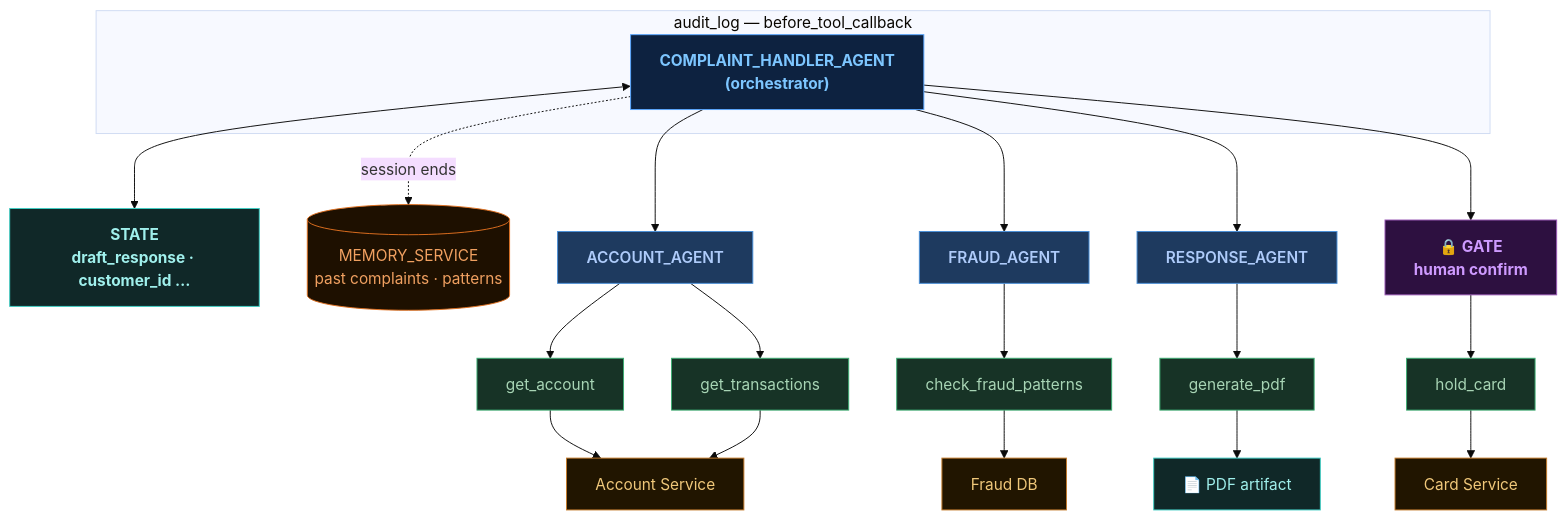
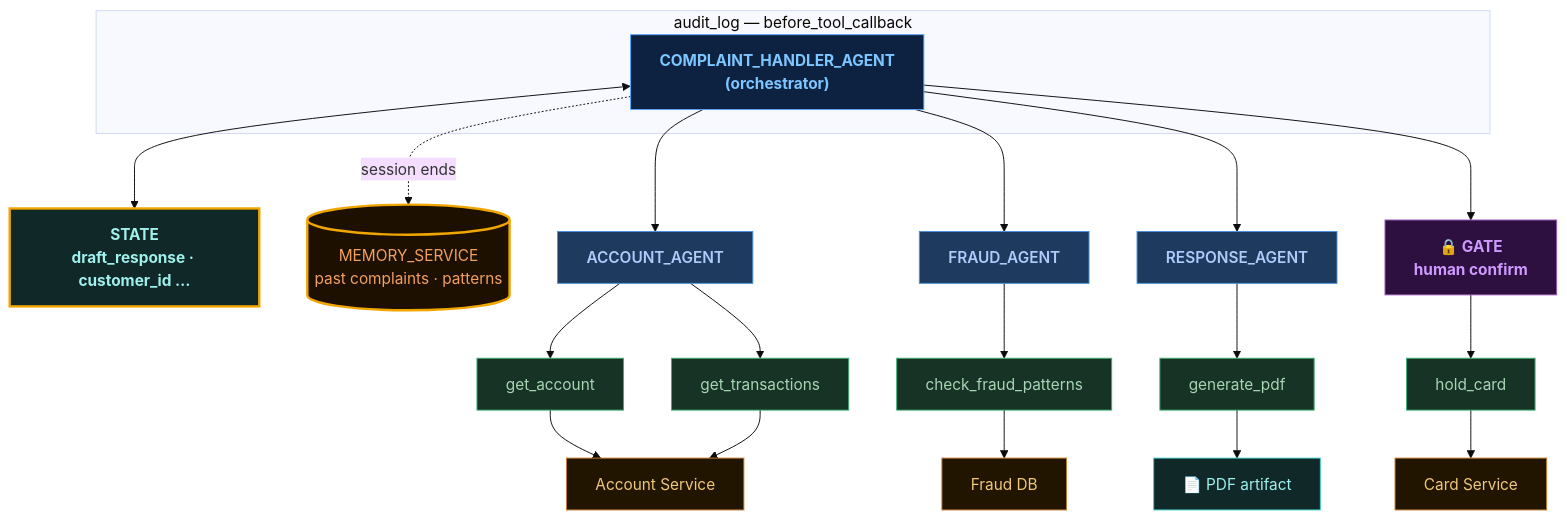
One commit to jaszczook/your-next-feature-might-need-an-agent changed the fourth of 6 diagrams in slides/section4.md. Above: the diagram before and after it, drawn with Mermaid (base theme). The commit also changed other lines of this file and 3 other files, not shown here.

````diff
--- a/slides/section4.md
+++ b/slides/section4.md
@@ -317,46 +321,48 @@
 ```mermaid
 flowchart TD
     subgraph audit["audit_log — before_tool_callback"]
         ORCH["COMPLAINT_HANDLER_AGENT\n(orchestrator)"]:::orch
     end
 
-    STATE["STATE\ndraft_response · customer_id …"]:::state
-    MEM[("MEMORY_SERVICE\npast complaints · patterns")]:::memory
+    STATE["STATE\ndraft_response · customer_id …"]:::statenew
+    MEM[("MEMORY_SERVICE\npast complaints · patterns")]:::memorynew
 
     GATE["🔒 GATE\nhuman confirm"]:::gate
     AA["ACCOUNT_AGENT"]:::agent
     FA["FRAUD_AGENT"]:::agent
     RA["RESPONSE_AGENT"]:::agent
     HC["hold_card"]:::tool
 
     GA["get_account"]:::tool
     GT["get_transactions"]:::tool
     CFP["check_fraud_patterns"]:::tool
     GPDF["generate_pdf"]:::tool
 
     AS["Account Service"]:::svc
     FDB["Fraud DB"]:::svc
     PDF["📄 PDF artifact"]:::artifact
     CS["Card Service"]:::svc
 
     ORCH <--> STATE
     ORCH -. "session ends" .-> MEM
     ORCH --> AA & FA & RA
     ORCH --> GATE --> HC
     AA --> GA & GT
     FA --> CFP
     RA --> GPDF
     GA & GT --> AS
     CFP --> FDB
     GPDF --> PDF
     HC --> CS
 
     classDef orch fill:#0d2240,stroke:#58a6ff,color:#7dc6ff,font-weight:700
     classDef agent fill:#1e3a5f,stroke:#4a90d9,color:#aecbfa,font-weight:600
     classDef tool fill:#173326,stroke:#3cad72,color:#a8d5b5
     classDef svc fill:#211500,stroke:#c47b2a,color:#f0c87a
     classDef artifact fill:#102828,stroke:#3ecec4,color:#a0f0ec
     classDef gate fill:#2d1040,stroke:#9b59b6,color:#ce9aff,font-weight:700
     classDef state fill:#102828,stroke:#3ecec4,color:#a0f0ec,font-weight:700
+    classDef statenew fill:#102828,stroke:#f0a500,color:#a0f0ec,font-weight:700,stroke-width:2.5px
     classDef memory fill:#1e1000,stroke:#e07020,color:#f0a060
+    classDef memorynew fill:#1e1000,stroke:#f0a500,color:#f0a060,stroke-width:2.5px
 ```
````
